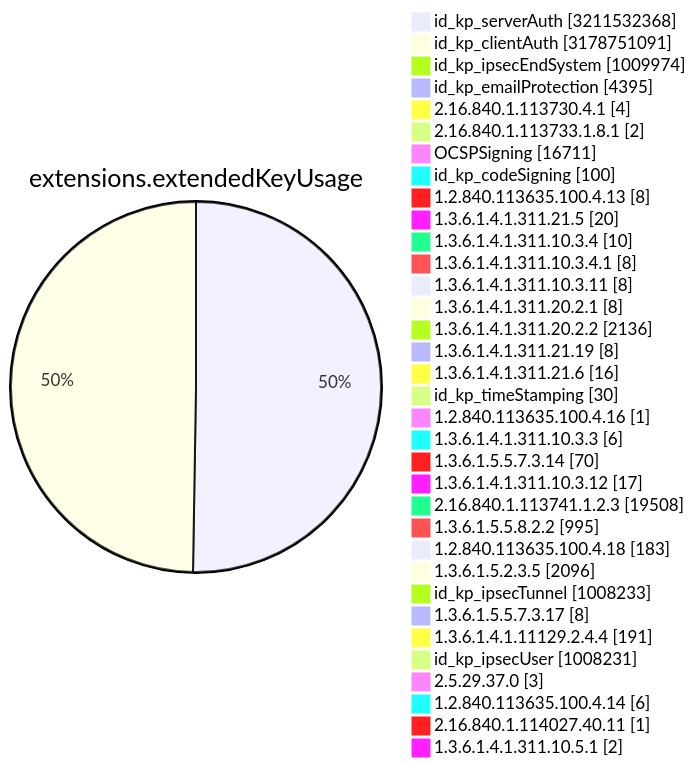
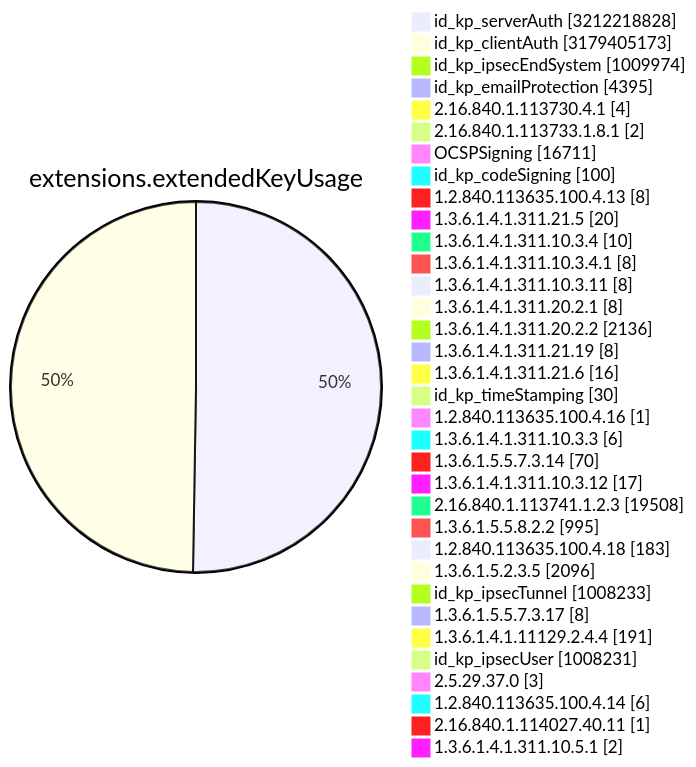
Diagram 11 of 15 in TOTAL/README.md (christiankrug/ctmonitor_visualization), drawn with Mermaid before and after one commit. The commit also changed other lines of this file, not shown here.

````diff
--- a/TOTAL/README.md
+++ b/TOTAL/README.md
@@ -4119,38 +4119,38 @@
 ```mermaid
 pie showData
 title extensions.extendedKeyUsage
-"id_kp_serverAuth" :3211532368
-"id_kp_clientAuth" :3178751091
+"id_kp_serverAuth" :3212218828
+"id_kp_clientAuth" :3179405173
 "id_kp_ipsecEndSystem" :1009974
 "id_kp_emailProtection" :4395
 "2.16.840.1.113730.4.1" :4
 "2.16.840.1.113733.1.8.1" :2
 "OCSPSigning" :16711
 "id_kp_codeSigning" :100
 "1.2.840.113635.100.4.13" :8
 "1.3.6.1.4.1.311.21.5" :20
 "1.3.6.1.4.1.311.10.3.4" :10
 "1.3.6.1.4.1.311.10.3.4.1" :8
 "1.3.6.1.4.1.311.10.3.11" :8
 "1.3.6.1.4.1.311.20.2.1" :8
 "1.3.6.1.4.1.311.20.2.2" :2136
 "1.3.6.1.4.1.311.21.19" :8
 "1.3.6.1.4.1.311.21.6" :16
 "id_kp_timeStamping" :30
 "1.2.840.113635.100.4.16" :1
 "1.3.6.1.4.1.311.10.3.3" :6
 "1.3.6.1.5.5.7.3.14" :70
 "1.3.6.1.4.1.311.10.3.12" :17
 "2.16.840.1.113741.1.2.3" :19508
 "1.3.6.1.5.5.8.2.2" :995
 "1.2.840.113635.100.4.18" :183
 "1.3.6.1.5.2.3.5" :2096
 "id_kp_ipsecTunnel" :1008233
 "1.3.6.1.5.5.7.3.17" :8
 "1.3.6.1.4.1.11129.2.4.4" :191
 "id_kp_ipsecUser" :1008231
 "2.5.29.37.0" :3
 "1.2.840.113635.100.4.14" :6
 "2.16.840.1.114027.40.11" :1
 "1.3.6.1.4.1.311.10.5.1" :2
 ```
````
